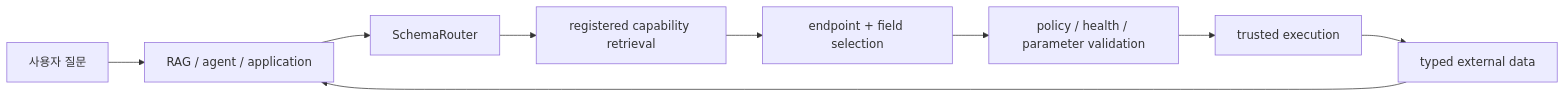
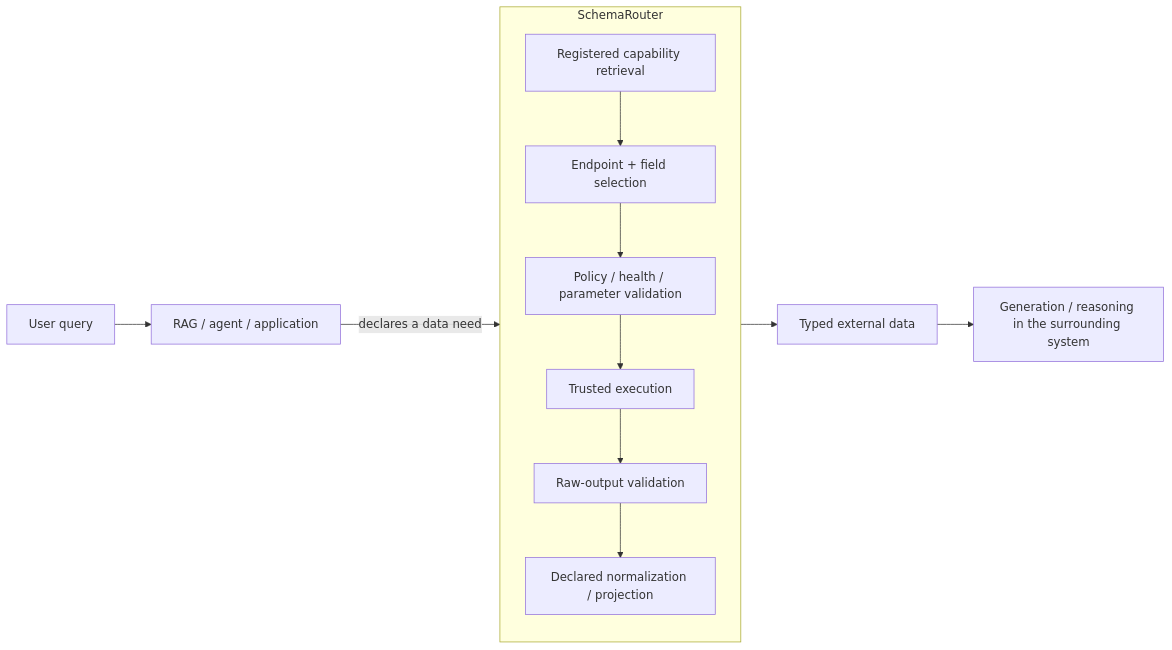
The first of 3 diagrams in docs_ko/concepts/capability-catalog.md (JDeun/SchemaRouter), drawn with Mermaid before and after one commit. The commit also changed other lines of this file, not shown here.

````diff
--- a/docs_ko/concepts/capability-catalog.md
+++ b/docs_ko/concepts/capability-catalog.md
@@ -10,11 +11,15 @@
 ```mermaid
 flowchart LR
-    Q["사용자 질문"] --> A["RAG / agent / application"]
-    A --> SR["SchemaRouter"]
-    SR --> R["registered capability retrieval"]
-    R --> F["endpoint + field selection"]
-    F --> V["policy / health / parameter validation"]
-    V --> E["trusted execution"]
-    E --> D["typed external data"]
-    D --> A
+    Q["User query"] --> A["RAG / agent / application"]
+    A -- "declares a data need" --> SR
+    subgraph SR["SchemaRouter"]
+        direction TB
+        R1["Registered capability retrieval"] --> R2["Endpoint + field selection"]
+        R2 --> R3["Policy / health / parameter validation"]
+        R3 --> R4["Trusted execution"]
+        R4 --> R5["Raw-output validation"]
+        R5 --> R6["Declared normalization / projection"]
+    end
+    SR --> D["Typed external data"]
+    D --> G["Generation / reasoning in the surrounding system"]
 ```
````
